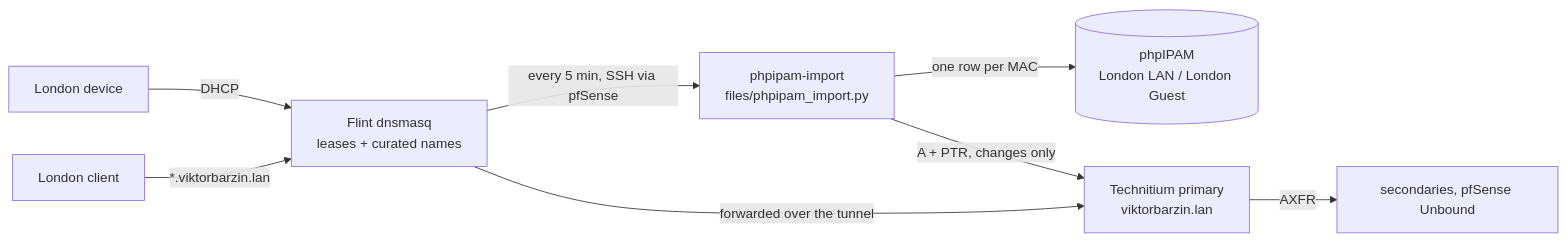
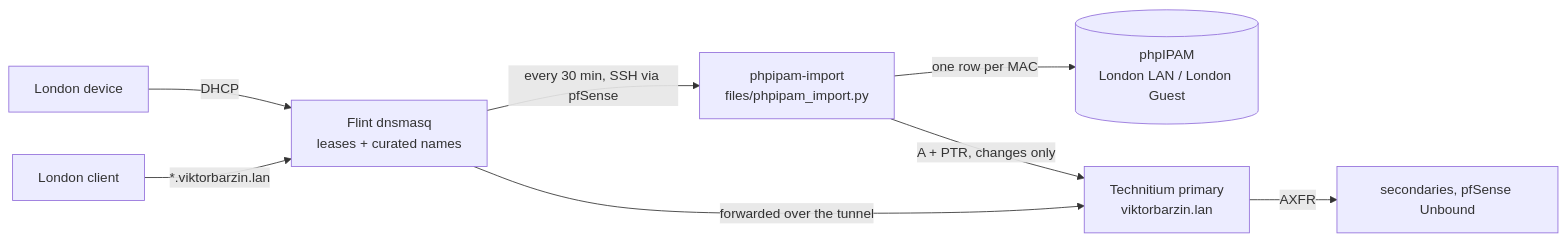
One commit to ViktorBarzin/infra changed the second of 2 diagrams in docs/architecture/dns.md. Above: the diagram before and after it, drawn with Mermaid. The commit also changed other lines of this file and 13 other files, not shown here.

First line of the commit message:
cronjobs: run the frequent ones on job-runtime, phpipam-import every 30 min

````diff
--- a/docs/architecture/dns.md
+++ b/docs/architecture/dns.md
@@ -496,10 +496,10 @@
 ```mermaid
 flowchart LR
   D[London device] -->|DHCP| F[Flint dnsmasq<br/>leases + curated names]
-  F -->|every 5 min, SSH via pfSense| I[phpipam-import<br/>files/phpipam_import.py]
+  F -->|every 30 min, SSH via pfSense| I[phpipam-import<br/>files/phpipam_import.py]
   I -->|one row per MAC| P[(phpIPAM<br/>London LAN / London Guest)]
   I -->|A + PTR, changes only| T[Technitium primary<br/>viktorbarzin.lan]
   T -->|AXFR| R[secondaries, pfSense Unbound]
   LC[London client] -->|"*.viktorbarzin.lan"| F
   F -->|forwarded over the tunnel| T
 ```
````
